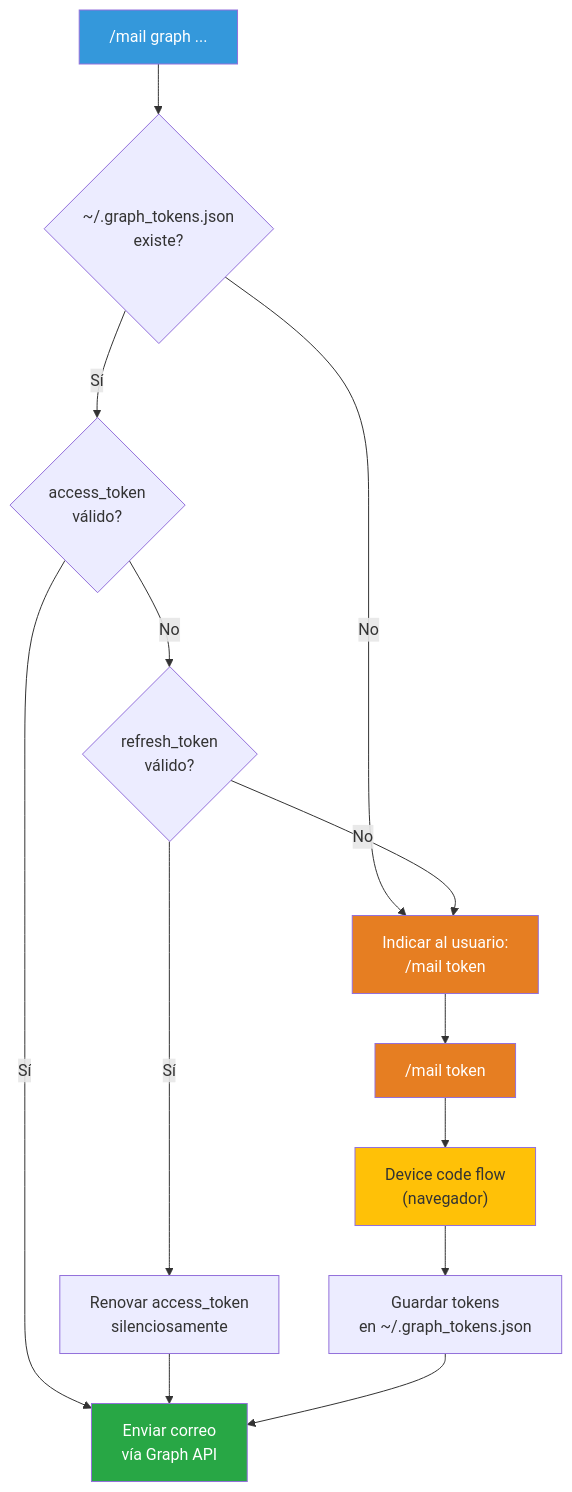
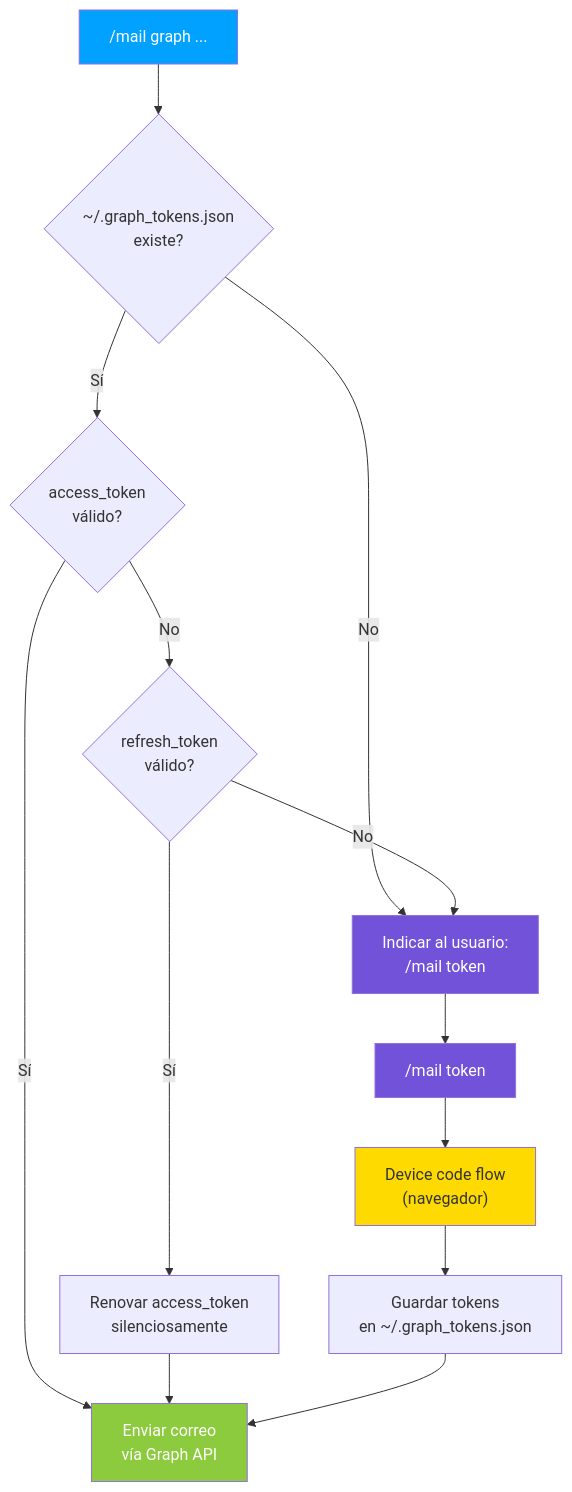
One commit to incognia/rules changed the diagram in docs/MAIL.md. Above: the diagram before and after it, drawn with Mermaid. The commit also changed 3 other files, not shown here.

First line of the commit message:
fix(mail): apply Kabat One palette to mail skill and token diagram

````diff
--- a/docs/MAIL.md
+++ b/docs/MAIL.md
@@ -204,21 +204,21 @@
 ```mermaid
 flowchart TD
     A["/mail graph ..."] --> B{"~/.graph_tokens.json\nexiste?"}
     B -- No --> C["Indicar al usuario:\n/mail token"]
     B -- Sí --> D{"access_token\nválido?"}
     D -- Sí --> G["Enviar correo\nvía Graph API"]
     D -- No --> E{"refresh_token\nválido?"}
     E -- Sí --> F["Renovar access_token\nsilenciosamente"]
     F --> G
     E -- No --> C
     C --> H["/mail token"]
     H --> I["Device code flow\n(navegador)"]
     I --> J["Guardar tokens\nen ~/.graph_tokens.json"]
     J --> G
 
-    style A fill:#3498db,color:#fff
-    style G fill:#28a745,color:#fff
-    style C fill:#e67e22,color:#fff
-    style H fill:#e67e22,color:#fff
-    style I fill:#ffc107,color:#333
+    style A fill:#00A1FF,color:#fff
+    style G fill:#8DCB3E,color:#fff
+    style C fill:#7252D8,color:#fff
+    style H fill:#7252D8,color:#fff
+    style I fill:#FFDA00,color:#333
 ```
````
